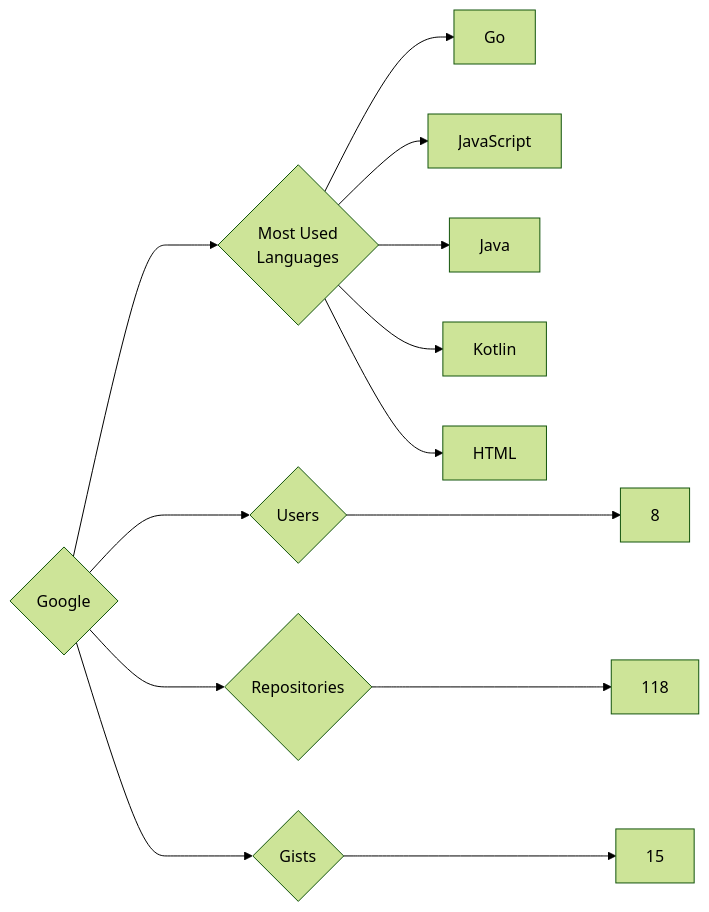
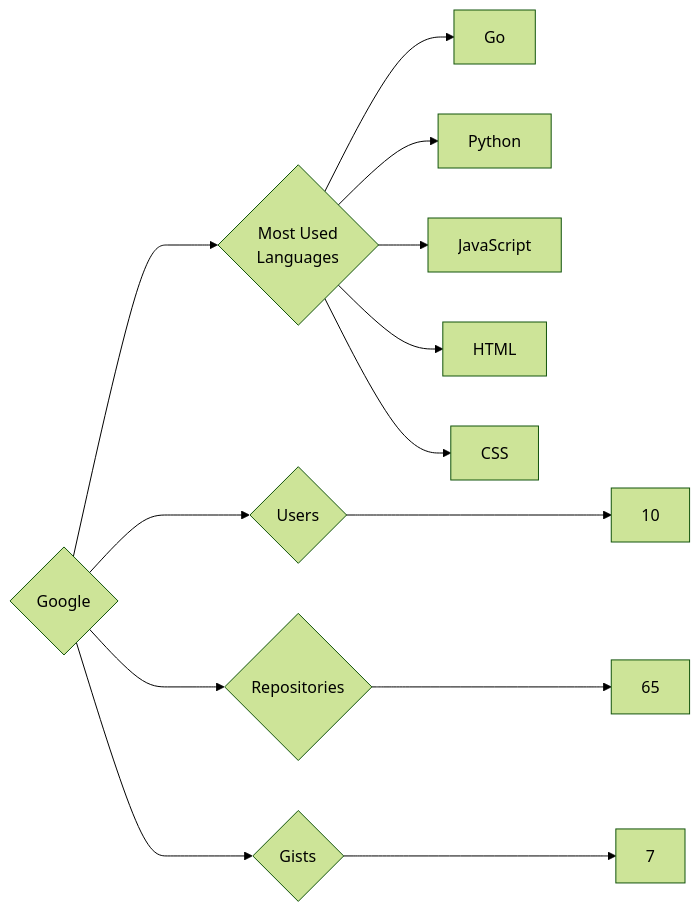
Before and after one commit to trickest/insiders: the diagram in targets/Google/README.md, drawn with Mermaid (forest theme). The commit also changed 1055 other files, not shown here.

````diff
--- a/targets/Google/README.md
+++ b/targets/Google/README.md
@@ -3,13 +3,13 @@
 ```mermaid
 graph LR
 COMPANY_NAME{Google}
-COMPANY_NAME ---> U{Users} ---> UN[8]
-COMPANY_NAME ---> R{Repositories} ---> RN[118]
-COMPANY_NAME ---> G{Gists} ---> GN[15]
+COMPANY_NAME ---> U{Users} ---> UN[10]
+COMPANY_NAME ---> R{Repositories} ---> RN[65]
+COMPANY_NAME ---> G{Gists} ---> GN[7]
 COMPANY_NAME ---> ML{Most Used<br>Languages}
 ML --> Go[Go]
+ML --> Python[Python]
 ML --> JavaScript[JavaScript]
-ML --> Java[Java]
-ML --> Kotlin[Kotlin]
 ML --> HTML[HTML]
+ML --> CSS[CSS]
 ```
````
